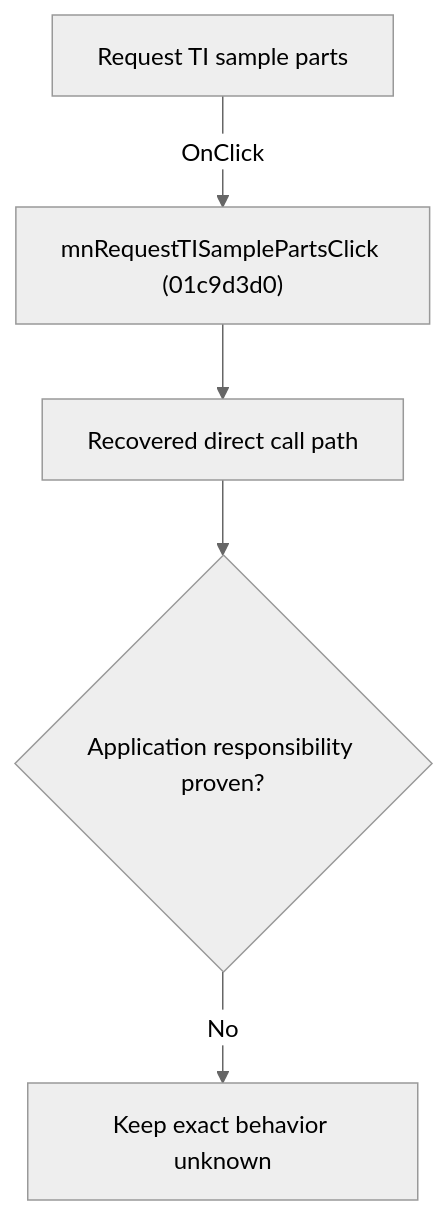
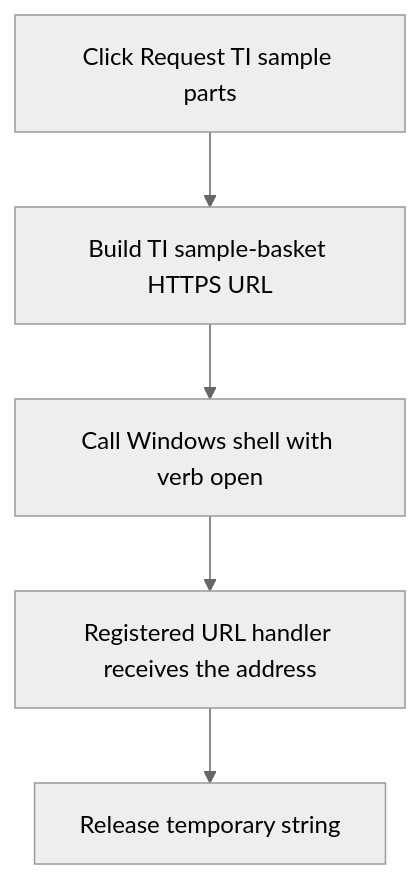
One commit to MovGP0/TIARA changed the diagram in docs/ui-controls/schematiceditor/mnrequesttisampleparts-def2a648d5.md. Above: the diagram before and after it, drawn with Mermaid (neutral theme). The commit also changed other lines of this file and 241 other files, not shown here.

````diff
--- a/docs/ui-controls/schematiceditor/mnrequesttisampleparts-def2a648d5.md
+++ b/docs/ui-controls/schematiceditor/mnrequesttisampleparts-def2a648d5.md
@@ -27,7 +29,7 @@
 ```mermaid
 flowchart TD
-    control["Request TI sample parts"] -->|"OnClick"| handler["mnRequestTISamplePartsClick (01c9d3d0)"]
-    handler --> recovered["Recovered direct call path"]
-    recovered --> gap{"Application responsibility proven?"}
-    gap -->|"No"| blocked["Keep exact behavior unknown"]
+    control["Click Request TI sample parts"] --> url["Build TI sample-basket HTTPS URL"]
+    url --> shell["Call Windows shell with verb open"]
+    shell --> browser["Registered URL handler receives the address"]
+    browser --> finish["Release temporary string"]
 ```
````
